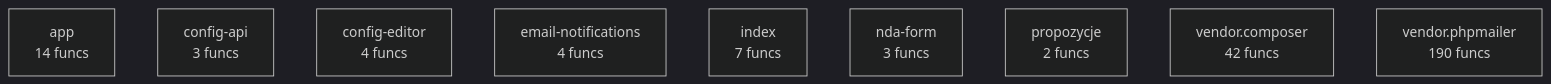
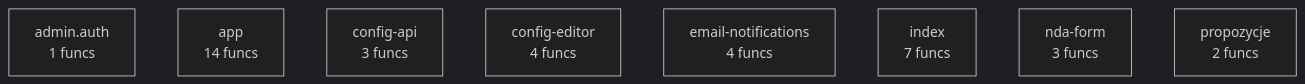
Before and after one commit to semcod/redsl: the diagram in www/project/compact_flow.mmd, drawn with Mermaid (dark theme). The commit also changed 30 other files, not shown here.

```diff
--- a/www/project/compact_flow.mmd
+++ b/www/project/compact_flow.mmd
@@ -1,10 +1,9 @@
 flowchart TD
+    admin__auth["admin.auth<br/>1 funcs"]
     app["app<br/>14 funcs"]
     config_api["config-api<br/>3 funcs"]
     config_editor["config-editor<br/>4 funcs"]
     email_notifications["email-notifications<br/>4 funcs"]
     index["index<br/>7 funcs"]
     nda_form["nda-form<br/>3 funcs"]
     propozycje["propozycje<br/>2 funcs"]
-    vendor__composer["vendor.composer<br/>42 funcs"]
-    vendor__phpmailer["vendor.phpmailer<br/>190 funcs"]
```
